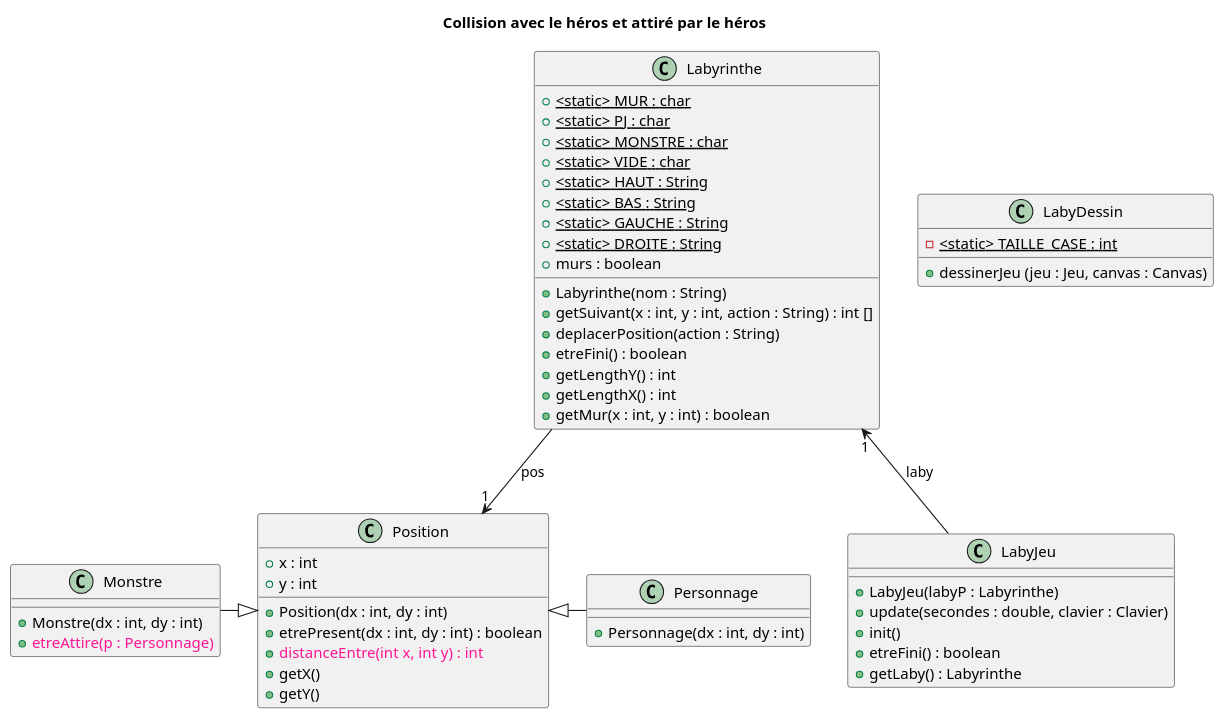
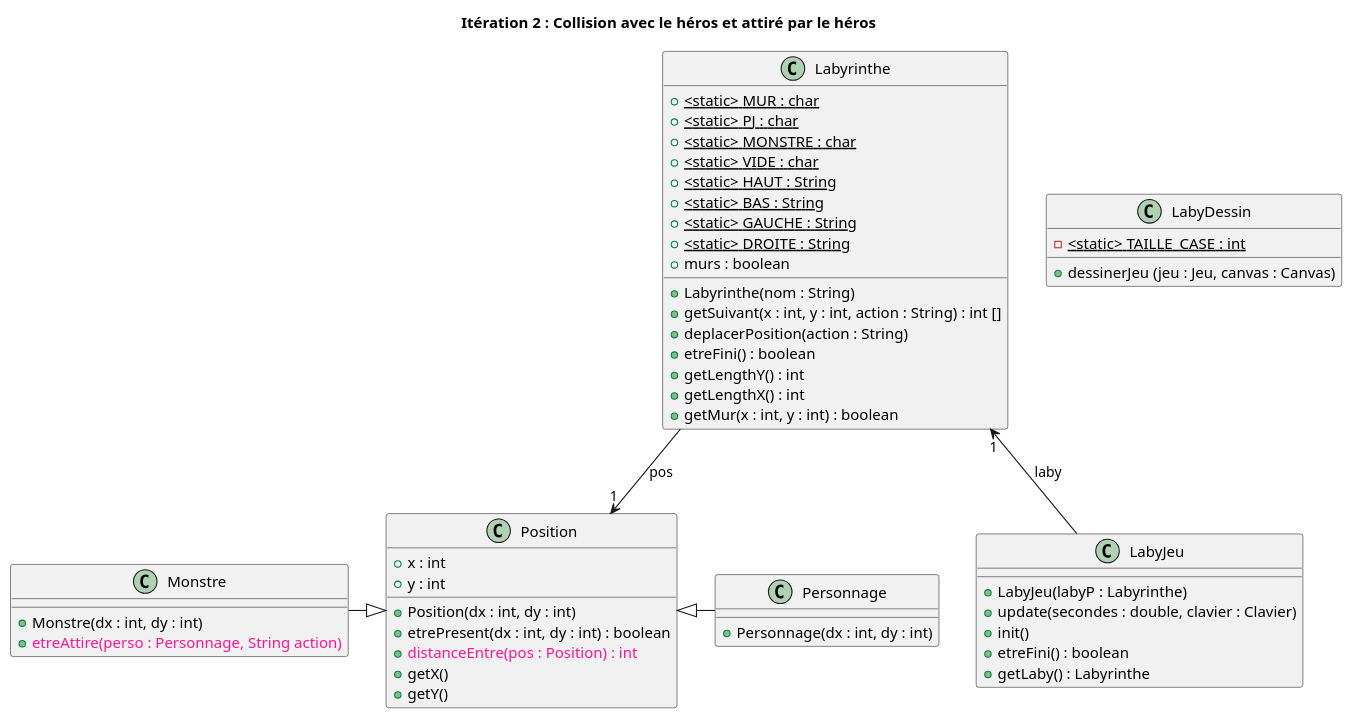
The diagram in racine_depot/documents/version_3/diagClass_iter2.puml (Hugo-COLLIN/BUT_INFO_S2_2022_Zeldiablo), drawn with PlantUML before and after one commit. The commit also changed 2 other files, not shown here.

Commit message:
bilan + up uml

```diff
--- a/racine_depot/documents/version_3/diagClass_iter2.puml
+++ b/racine_depot/documents/version_3/diagClass_iter2.puml
@@ -1,63 +1,63 @@
 @startuml
-title Collision avec le héros et attiré par le héros
+title Itération 2 : Collision avec le héros et attiré par le héros
 
 class Labyrinthe {
     + <static> MUR : char {static}
     + <static> PJ : char {static}
     + <static> MONSTRE : char {static}
     + <static> VIDE : char {static}
     + <static> HAUT : String {static}
     + <static> BAS : String {static}
     + <static> GAUCHE : String {static}
     + <static> DROITE : String {static}
     + murs : boolean
 
     + Labyrinthe(nom : String)
     + getSuivant(x : int, y : int, action : String) : int []
     + deplacerPosition(action : String)
     + etreFini() : boolean
     + getLengthY() : int
     + getLengthX() : int
     + getMur(x : int, y : int) : boolean
 }
 
 class LabyJeu {
     + LabyJeu(labyP : Labyrinthe)
     + update(secondes : double, clavier : Clavier)
     + init()
     + etreFini() : boolean
     + getLaby() : Labyrinthe
 }
 
 class LabyDessin {
     - <static> TAILLE_CASE : int {static}
     + dessinerJeu (jeu : Jeu, canvas : Canvas)
 }
 
 class Position {
     + x : int
     + y : int
 
     + Position(dx : int, dy : int)
     + etrePresent(dx : int, dy : int) : boolean
-    + <color:deeppink>distanceEntre(int x, int y) : int</color>
+    + <color:deeppink>distanceEntre(pos : Position) : int</color>
     + getX()
     + getY()
 }
 
 class Personnage {
     + Personnage(dx : int, dy : int)
 }
 
 class Monstre {
     + Monstre(dx : int, dy : int)
-    + <color:deeppink>etreAttire(p : Personnage)</color>
+    + <color:deeppink>etreAttire(perso : Personnage, String action)</color>
 }
 
 Labyrinthe --> Position : pos "1"
 Labyrinthe "1" <-- LabyJeu : laby
 
 Monstre -|> Position
 Personnage -|> Position
 
 @enduml
```
